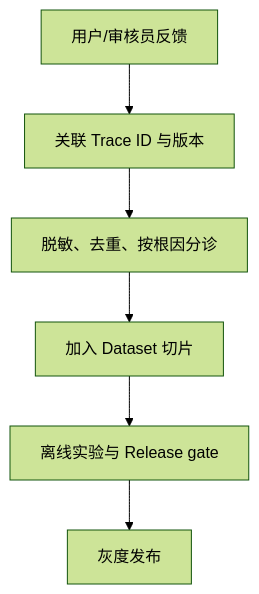
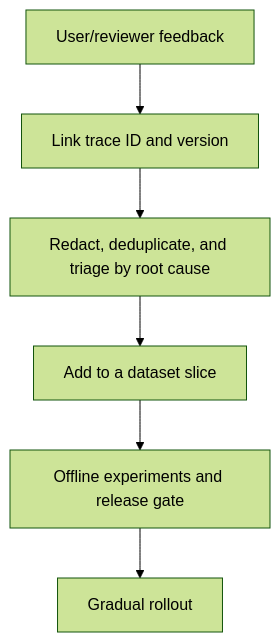
Before and after one commit to oneleaveknowsthefall/awesome-ai-roadmap: the second of 2 diagrams in docs/frameworks/01-langchain/05-production/13-langsmith-production-loop.md, drawn with Mermaid (forest theme). The commit also changed other lines of this file and 70 other files, not shown here.

````diff
--- a/docs/frameworks/01-langchain/05-production/13-langsmith-production-loop.md
+++ b/docs/frameworks/01-langchain/05-production/13-langsmith-production-loop.md
@@ -135,8 +136,8 @@
 ```mermaid
 flowchart TB
-    U["用户/审核员反馈"] --> T["关联 Trace ID 与版本"]
-    T --> R["脱敏、去重、按根因分诊"]
-    R --> D["加入 Dataset 切片"]
-    D --> X["离线实验与 Release gate"]
-    X --> P["灰度发布"]
+    U["User/reviewer feedback"] --> T["Link trace ID and version"]
+    T --> R["Redact, deduplicate, and triage by root cause"]
+    R --> D["Add to a dataset slice"]
+    D --> X["Offline experiments and release gate"]
+    X --> P["Gradual rollout"]
 ```
````
